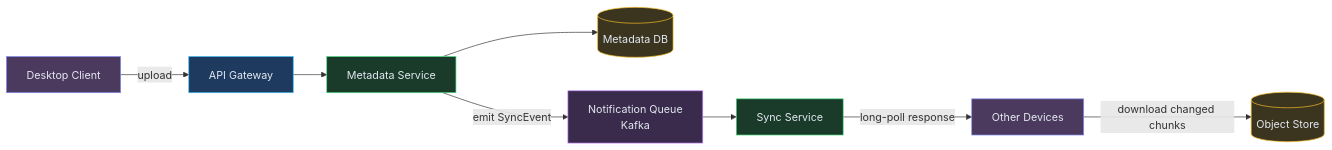
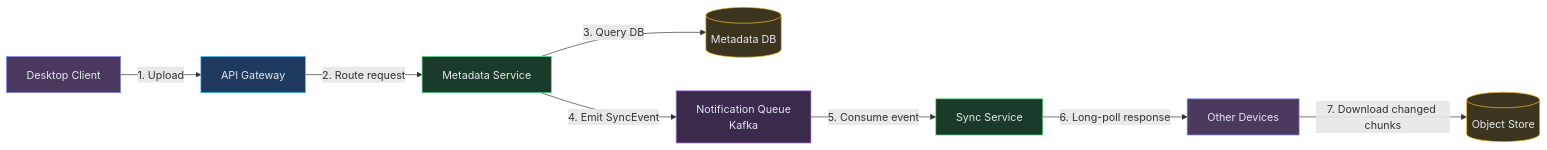
Before and after one commit to iluzn/HLD-Designs: the third of 7 diagrams in content/hld/Dropbox.md, drawn with Mermaid. The commit also changed other lines of this file and 27 other files, not shown here.

````diff
--- a/content/hld/Dropbox.md
+++ b/content/hld/Dropbox.md
@@ -214,25 +214,25 @@
 ```mermaid
 flowchart LR
     CLIENT["Desktop Client"]:::client
     API["API Gateway"]:::edge
     META["Metadata Service"]:::service
     METADB[("Metadata DB")]:::data
     OBJSTORE[("Object Store")]:::data
     SYNC["Sync Service"]:::service
     QUEUE["Notification Queue<br/>Kafka"]:::async
     CLIENT2["Other Devices"]:::client
 
-    CLIENT -->|"upload"| API
-    API --> META
-    META --> METADB
-    META -->|"emit SyncEvent"| QUEUE
-    QUEUE --> SYNC
-    SYNC -->|"long-poll response"| CLIENT2
-    CLIENT2 -->|"download changed chunks"| OBJSTORE
+    CLIENT -->|"1. Upload"| API
+    API -->|"2. Route request"| META
+    META -->|"3. Query DB"| METADB
+    META -->|"4. Emit SyncEvent"| QUEUE
+    QUEUE -->|"5. Consume event"| SYNC
+    SYNC -->|"6. Long-poll response"| CLIENT2
+    CLIENT2 -->|"7. Download changed chunks"| OBJSTORE
 
     classDef client fill:#4c3a5e,stroke:#818cf8,color:#e2e8f0
     classDef edge fill:#1e3a5f,stroke:#38bdf8,color:#e2e8f0
     classDef service fill:#1a3a2a,stroke:#4ade80,color:#e2e8f0
     classDef data fill:#3b3520,stroke:#fbbf24,color:#e2e8f0
     classDef async fill:#3a2a4c,stroke:#c084fc,color:#e2e8f0
 ```
````
